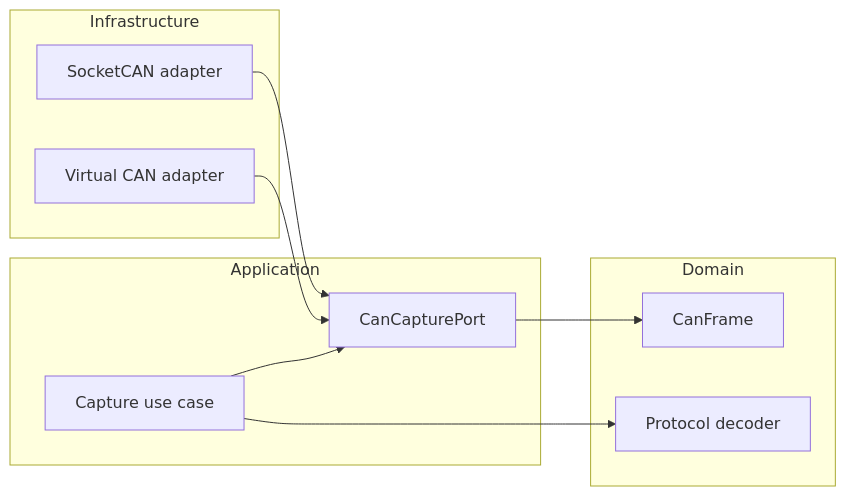
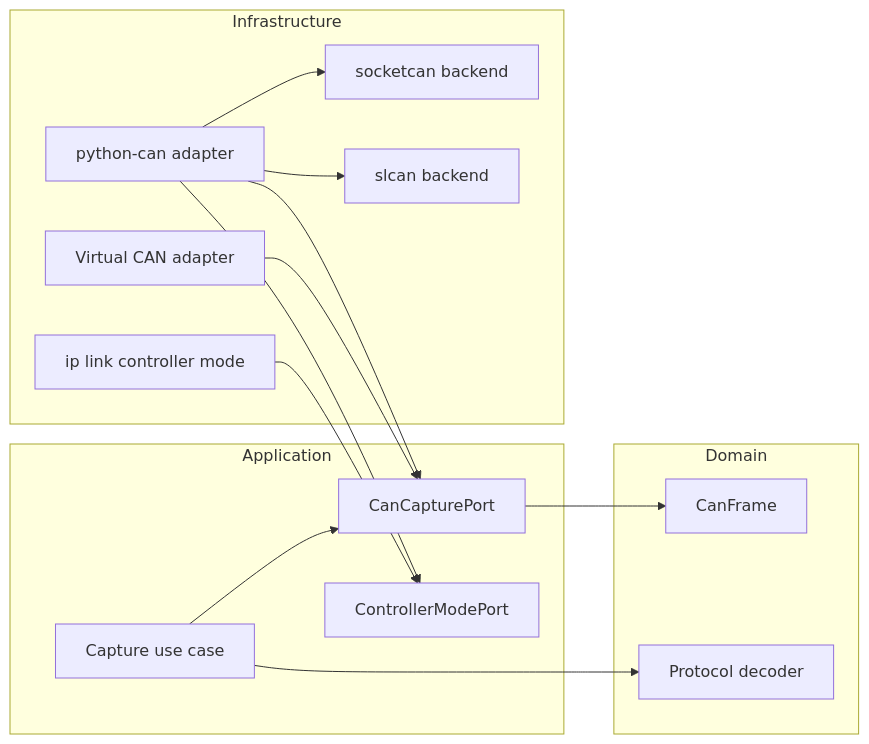
One commit to benoit-bremaud/can-sniffer changed the diagram in docs/architecture/diagrams/can-capture/03-component.md. Above: the diagram before and after it, drawn with Mermaid. The commit also changed other lines of this file and 14 other files, not shown here.

First line of the commit message:
feat(capture): add a native slcan backend with verified listen-only (#49)

````diff
--- a/docs/architecture/diagrams/can-capture/03-component.md
+++ b/docs/architecture/diagrams/can-capture/03-component.md
@@ -9,20 +9,28 @@
 ```mermaid
 flowchart LR
     subgraph Application[Application]
         Capture[Capture use case]
         Port[CanCapturePort]
+        ModePort[ControllerModePort]
     end
     subgraph Domain[Domain]
         Frame[CanFrame]
         Decoder[Protocol decoder]
     end
     subgraph Infrastructure[Infrastructure]
-        SocketCAN[SocketCAN adapter]
+        Adapter[python-can adapter]
+        SocketCAN[socketcan backend]
+        SLCAN[slcan backend]
         Virtual[Virtual CAN adapter]
+        IpLink[ip link controller mode]
     end
     Capture --> Port
     Capture --> Decoder
     Port --> Frame
-    SocketCAN --> Port
+    Adapter --> Port
+    Adapter --> ModePort
+    Adapter --> SocketCAN
+    Adapter --> SLCAN
     Virtual --> Port
+    IpLink --> ModePort
 ```
````
